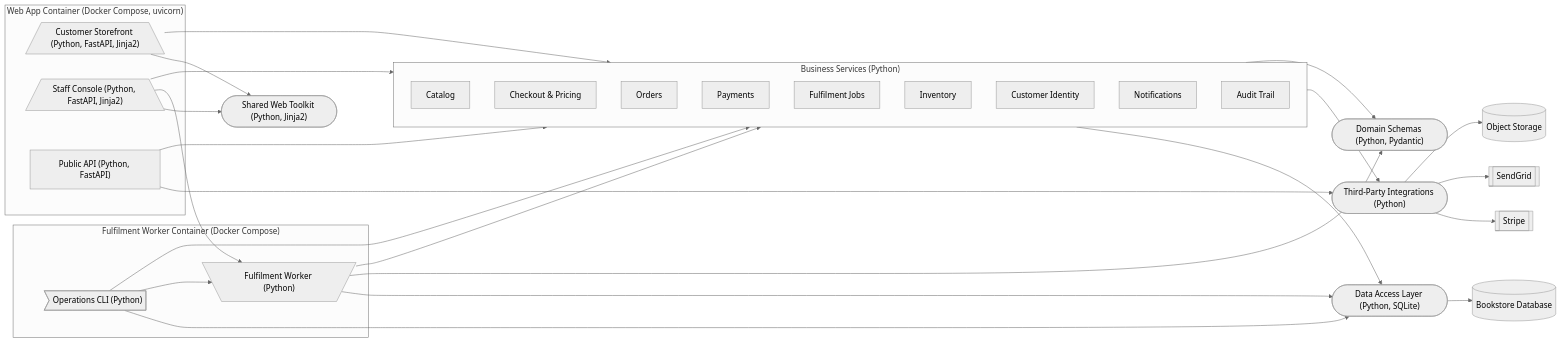
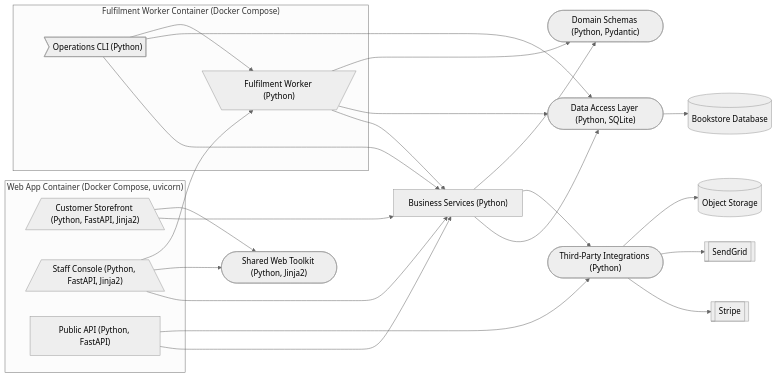
One commit to deepcodersinc/book-store changed the first of 3 diagrams in .unkode/arch_map.md. Above: the diagram before and after it, drawn with Mermaid. The commit also changed other lines of this file and 6 other files, not shown here.

````diff
--- a/.unkode/arch_map.md
+++ b/.unkode/arch_map.md
@@ -3,54 +3,44 @@
 ```mermaid
 %%{init: {'theme':'neutral'}}%%
 graph LR
     subgraph Web_App_Container["Web App Container (Docker Compose, uvicorn)"]
         Customer_Storefront[/"Customer Storefront (Python, FastAPI, Jinja2)"\]
         Staff_Console[/"Staff Console (Python, FastAPI, Jinja2)"\]
         Public_API["Public API (Python, FastAPI)"]
     end
     subgraph Fulfilment_Worker_Container["Fulfilment Worker Container (Docker Compose)"]
         Fulfilment_Worker[\"Fulfilment Worker (Python)"/]
         Operations_CLI>"Operations CLI (Python)"]
     end
-    subgraph Business_Services["Business Services (Python)"]
-        Business_Services_Catalog["Catalog"]
-        Business_Services_Checkout___Pricing["Checkout & Pricing"]
-        Business_Services_Orders["Orders"]
-        Business_Services_Payments["Payments"]
-        Business_Services_Fulfilment_Jobs["Fulfilment Jobs"]
-        Business_Services_Inventory["Inventory"]
-        Business_Services_Customer_Identity["Customer Identity"]
-        Business_Services_Notifications["Notifications"]
-        Business_Services_Audit_Trail["Audit Trail"]
-    end
+    Business_Services["Business Services (Python)"]
     Data_Access_Layer(["Data Access Layer (Python, SQLite)"])
     Third_Party_Integrations(["Third-Party Integrations (Python)"])
     Shared_Web_Toolkit(["Shared Web Toolkit (Python, Jinja2)"])
     Domain_Schemas(["Domain Schemas (Python, Pydantic)"])
 
     Bookstore_Database[("Bookstore Database")]
     Stripe[["Stripe"]]
     SendGrid[["SendGrid"]]
     Object_Storage[("Object Storage")]
 
     Customer_Storefront --> Business_Services
     Customer_Storefront --> Shared_Web_Toolkit
     Staff_Console --> Business_Services
     Staff_Console --> Shared_Web_Toolkit
     Staff_Console --> Fulfilment_Worker
     Public_API --> Business_Services
     Public_API --> Third_Party_Integrations
     Business_Services --> Data_Access_Layer
     Business_Services --> Third_Party_Integrations
     Business_Services --> Domain_Schemas
     Data_Access_Layer --> Bookstore_Database
     Third_Party_Integrations --> Stripe
     Third_Party_Integrations --> SendGrid
     Third_Party_Integrations --> Object_Storage
     Fulfilment_Worker --> Business_Services
     Fulfilment_Worker --> Data_Access_Layer
     Fulfilment_Worker --> Domain_Schemas
     Operations_CLI --> Business_Services
     Operations_CLI --> Data_Access_Layer
     Operations_CLI --> Fulfilment_Worker
 ```
````
